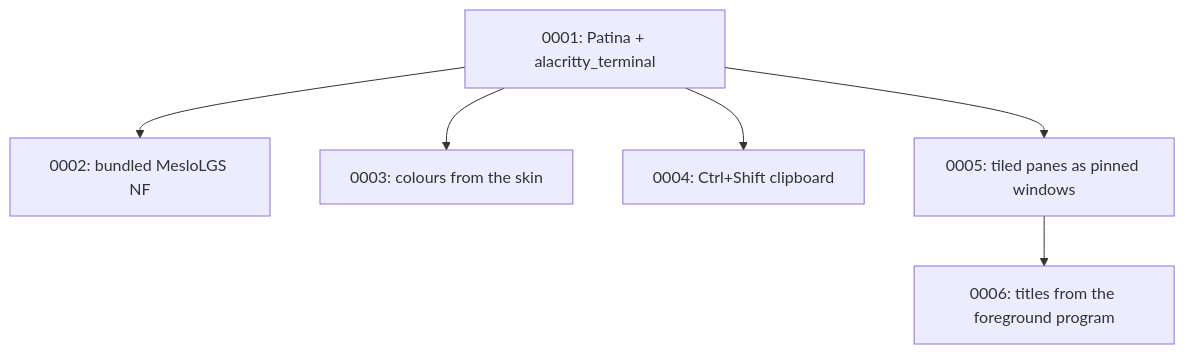
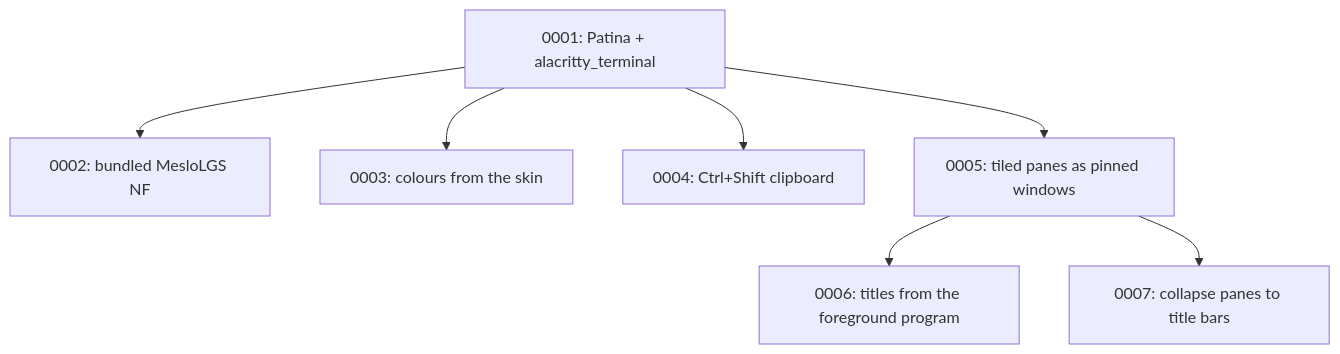
One commit to Sector-F-Labs/teleprinter changed the diagram in docs/adr/README.md. Above: the diagram before and after it, drawn with Mermaid. The commit also changed other lines of this file and 10 other files, not shown here.

First line of the commit message:
Collapse panes to their title bars with egui's arrow

````diff
--- a/docs/adr/README.md
+++ b/docs/adr/README.md
@@ -54,8 +55,9 @@
 ```mermaid
 flowchart TD
     A[0001: Patina + alacritty_terminal] --> B[0002: bundled MesloLGS NF]
     A --> C[0003: colours from the skin]
     A --> D[0004: Ctrl+Shift clipboard]
     A --> E[0005: tiled panes as pinned windows]
     E --> F[0006: titles from the foreground program]
+    E --> G[0007: collapse panes to title bars]
 ```
````
